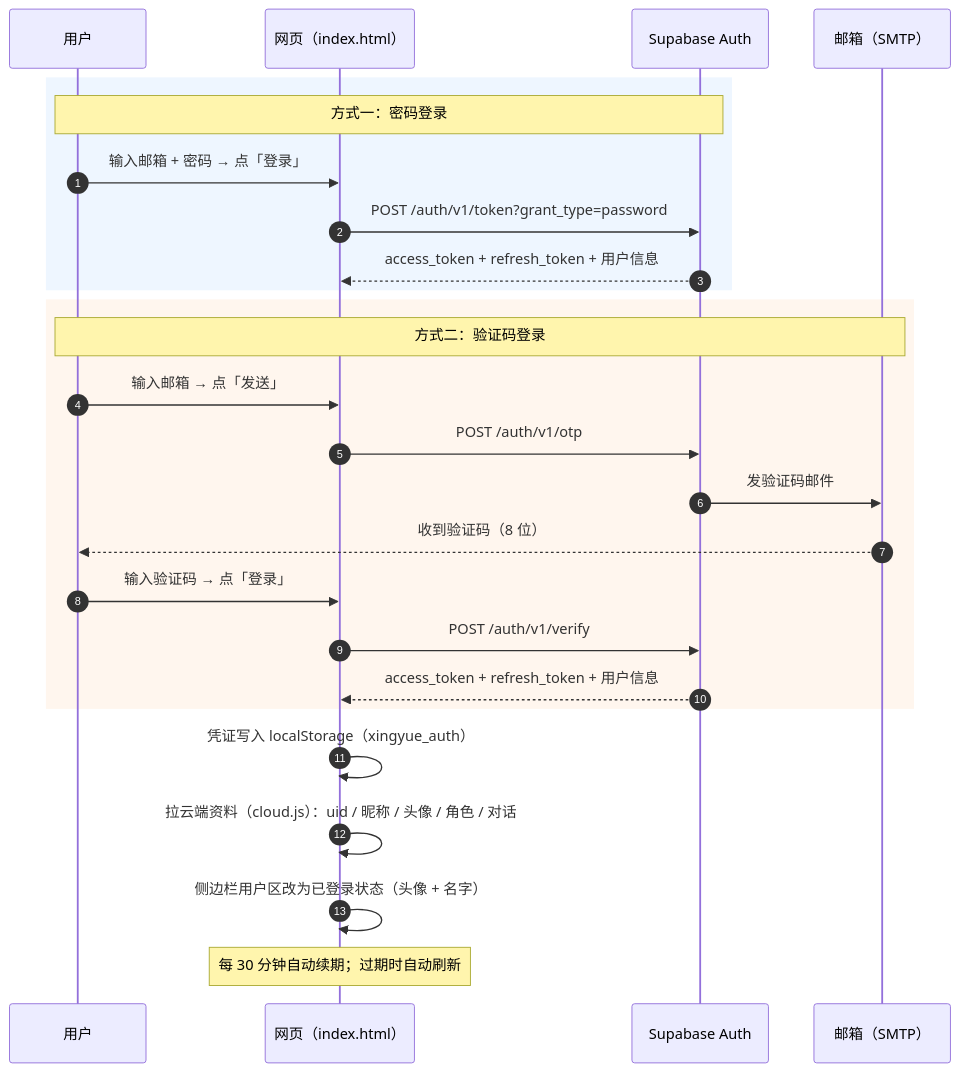
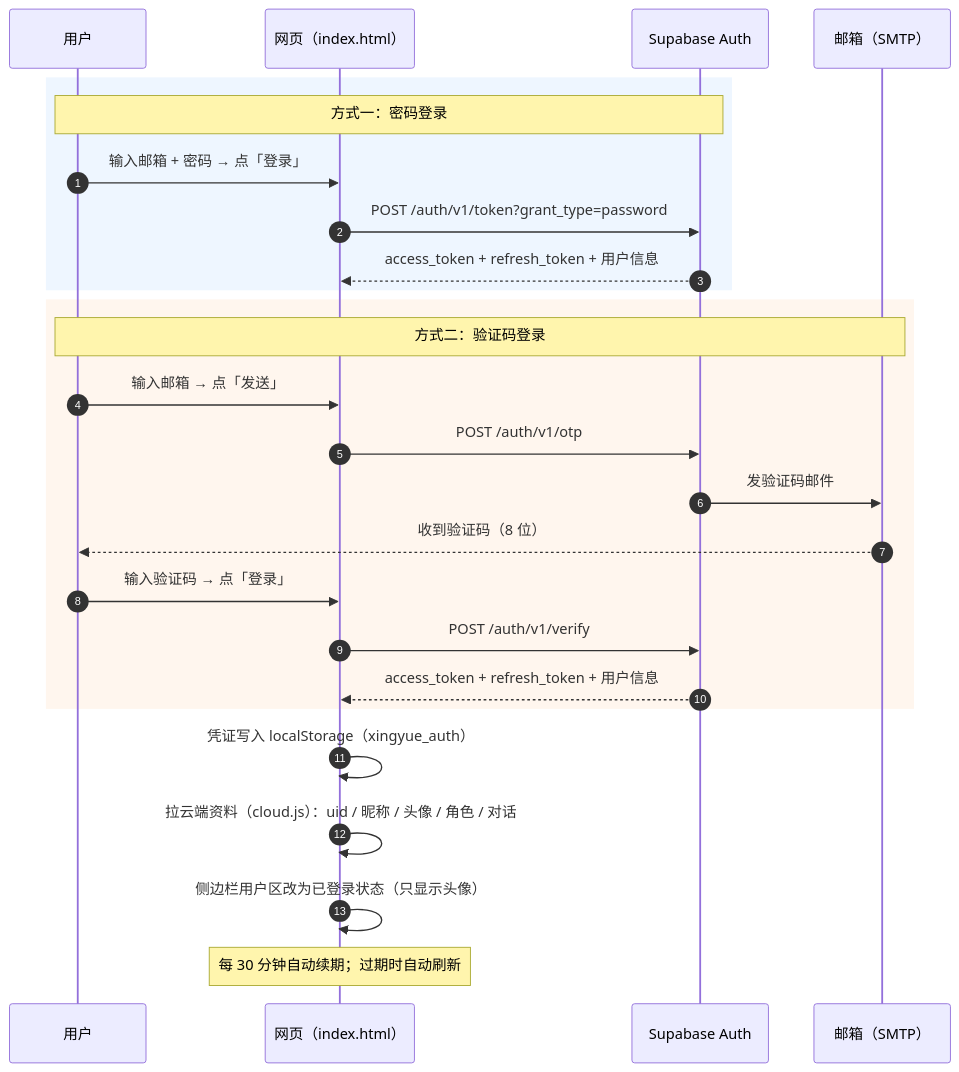
Before and after one commit to xiaoxingyuemiao/xingyue: the third of 9 diagrams in docs/05-网站流程图.md, drawn with Mermaid. The commit also changed 5 other files, not shown here.

Commit message:
fix: 首页左下角用户区去掉了名字（只留头像）、去掉 hover 变蓝，并让头像在侧边栏收起/展开时不再移动（原因：收起 44px 时靠 justify-content:center 居中、展开后换成 padding 左对齐，头像会被推着走 9px；现改为固定 padding 左右 5px + 左对齐）；index.html/main.js 同步清掉 #user-name 引用，docs 与流程图生成器去掉过时说法

````diff
--- a/docs/05-网站流程图.md
+++ b/docs/05-网站流程图.md
@@ -103,31 +103,31 @@
 ```mermaid
 sequenceDiagram
     autonumber
     participant U as 用户
     participant P as 网页（index.html）
     participant S as Supabase Auth
     participant M as 邮箱（SMTP）
 
     rect rgb(238, 246, 255)
     Note over U,S: 方式一：密码登录
     U->>P: 输入邮箱 + 密码 → 点「登录」
     P->>S: POST /auth/v1/token?grant_type=password
     S-->>P: access_token + refresh_token + 用户信息
     end
 
     rect rgb(255, 246, 238)
     Note over U,M: 方式二：验证码登录
     U->>P: 输入邮箱 → 点「发送」
     P->>S: POST /auth/v1/otp
     S->>M: 发验证码邮件
     M-->>U: 收到验证码（8 位）
     U->>P: 输入验证码 → 点「登录」
     P->>S: POST /auth/v1/verify
     S-->>P: access_token + refresh_token + 用户信息
     end
 
     P->>P: 凭证写入 localStorage（xingyue_auth）
     P->>P: 拉云端资料（cloud.js）：uid / 昵称 / 头像 / 角色 / 对话
-    P->>P: 侧边栏用户区改为已登录状态（头像 + 名字）
+    P->>P: 侧边栏用户区改为已登录状态（只显示头像）
     Note over P: 每 30 分钟自动续期；过期时自动刷新
 ```
````
